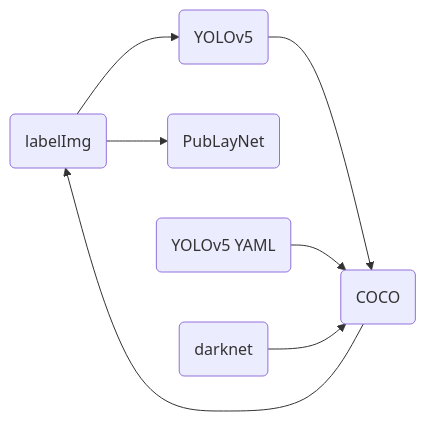
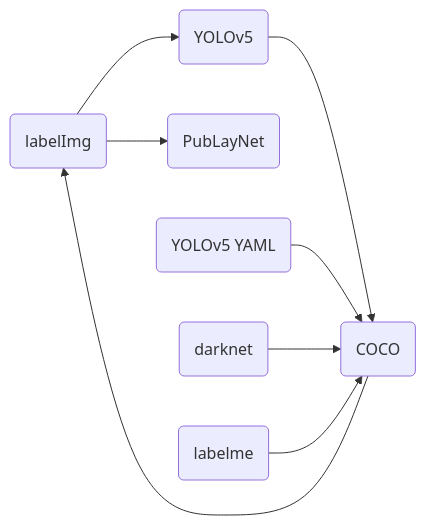
The diagram in README.md (RapidAI/LabelConvert), drawn with Mermaid before and after one commit. The commit also changed 8 other files, not shown here.

````diff
--- a/README.md
+++ b/README.md
@@ -22,10 +22,11 @@
 ```mermaid
 flowchart LR
 
 A(labelImg) --> B(YOLOv5)
 A --> C(PubLayNet)
 D(COCO) --> A
 B --> D
 E(YOLOv5 YAML) --> D
 F(darknet) --> D
+G(labelme) --> D
 ```
````
